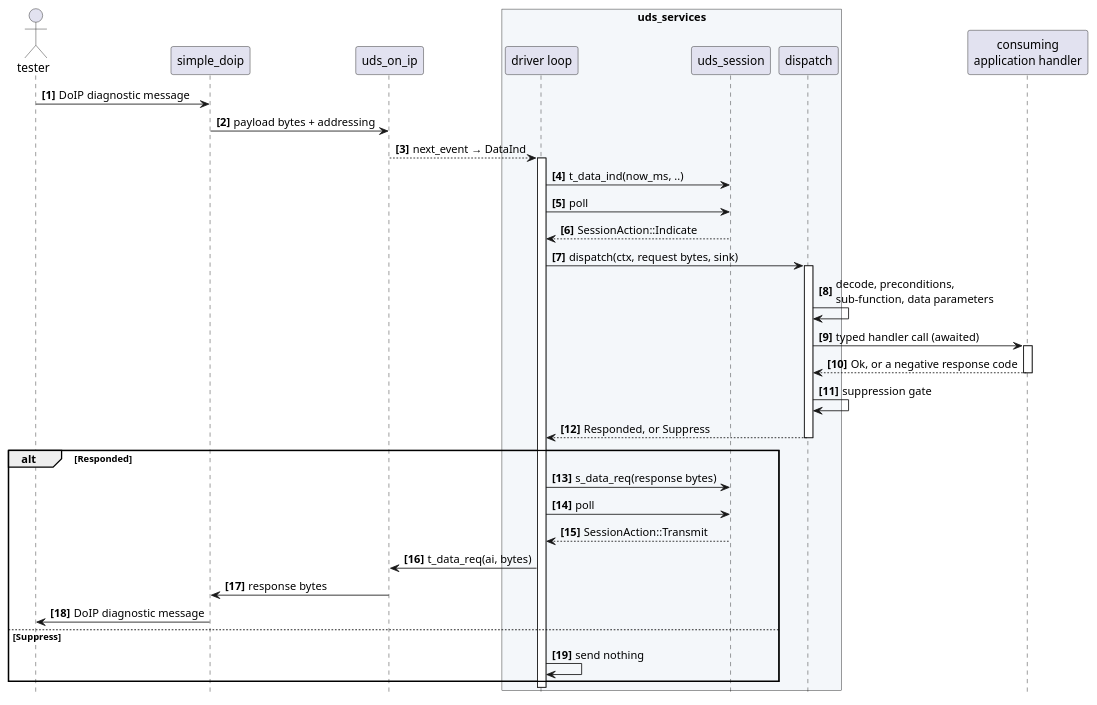
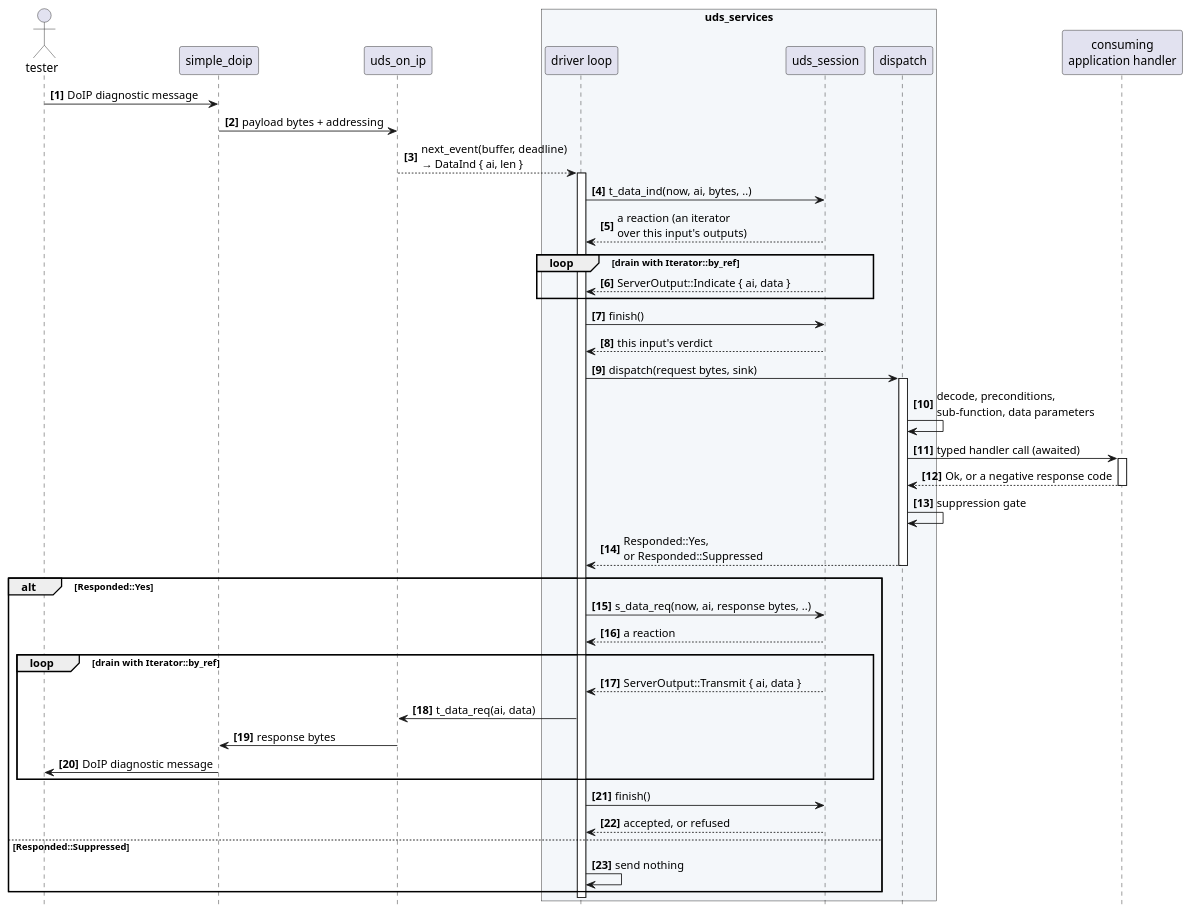
One commit to luminartech/uds_stack changed the second of 3 diagrams in crates/uds_services/docs/architecture/stack-position.rst. Above: the diagram before and after it, drawn with PlantUML. The commit also changed other lines of this file and 4 other files, not shown here.

```diff
--- a/crates/uds_services/docs/architecture/stack-position.rst
+++ b/crates/uds_services/docs/architecture/stack-position.rst
@@ -397,50 +397,58 @@
 .. uml::
    :align: center
    :caption: One physically addressed request reaching a server, from the wire to a
              handler and back. The client-side path is in :doc:`client-surface`.
 
    @startuml
    autonumber "<b>[0]"
    hide footbox
 
    actor tester as T
    participant "simple_doip" as D
    participant "uds_on_ip" as I
    box "uds_services" #F4F7FA
      participant "driver loop" as L
      participant "uds_session" as S
      participant "dispatch" as V
    end box
    participant "consuming\napplication handler" as H
 
    T -> D : DoIP diagnostic message
    D -> I : payload bytes + addressing
-   I --> L : next_event → DataInd
+   I --> L : next_event(buffer, deadline)\n→ DataInd { ai, len }
    activate L
-   L -> S : t_data_ind(now_ms, ..)
-   L -> S : poll
-   S --> L : SessionAction::Indicate
-   L -> V : dispatch(ctx, request bytes, sink)
+   L -> S : t_data_ind(now, ai, bytes, ..)
+   S --> L : a reaction (an iterator\nover this input's outputs)
+   loop drain with Iterator::by_ref
+     S --> L : ServerOutput::Indicate { ai, data }
+   end
+   L -> S : finish()
+   S --> L : this input's verdict
+   L -> V : dispatch(request bytes, sink)
    activate V
 
    V -> V : decode, preconditions,\nsub-function, data parameters
    V -> H : typed handler call (awaited)
    activate H
    H --> V : Ok, or a negative response code
    deactivate H
    V -> V : suppression gate
-   V --> L : Responded, or Suppress
+   V --> L : Responded::Yes,\nor Responded::Suppressed
    deactivate V
 
-   alt Responded
-     L -> S : s_data_req(response bytes)
-     L -> S : poll
-     S --> L : SessionAction::Transmit
-     L -> I : t_data_req(ai, bytes)
-     I -> D : response bytes
-     D -> T : DoIP diagnostic message
-   else Suppress
+   alt Responded::Yes
+     L -> S : s_data_req(now, ai, response bytes, ..)
+     S --> L : a reaction
+     loop drain with Iterator::by_ref
+       S --> L : ServerOutput::Transmit { ai, data }
+       L -> I : t_data_req(ai, data)
+       I -> D : response bytes
+       D -> T : DoIP diagnostic message
+     end
+     L -> S : finish()
+     S --> L : accepted, or refused
+   else Responded::Suppressed
      L -> L : send nothing
    end
    deactivate L
    @enduml
```
